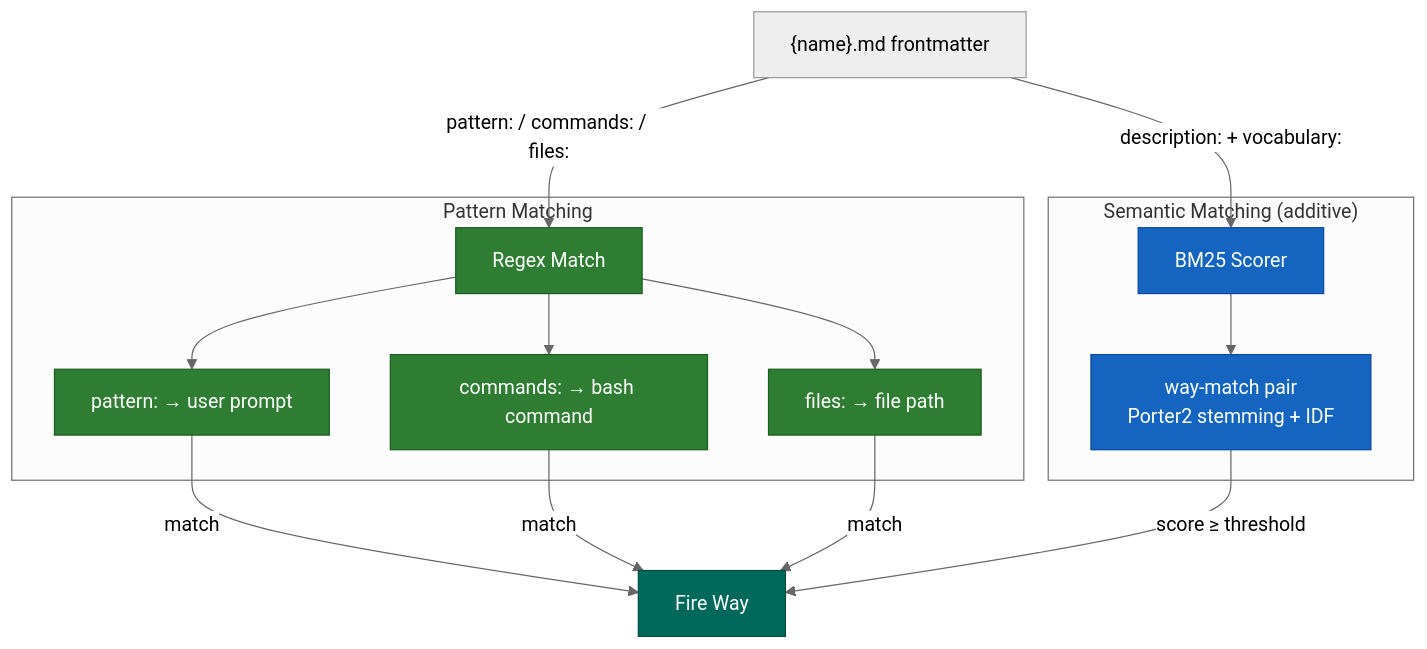
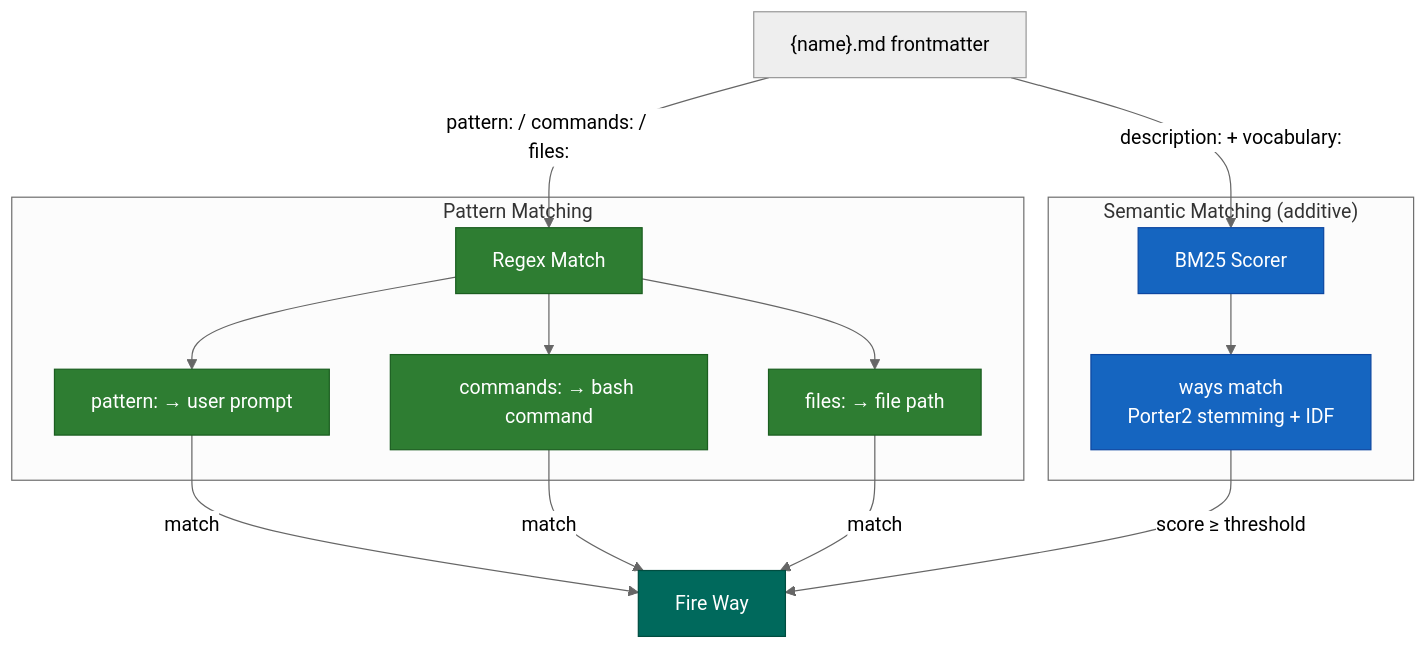
The second of 6 diagrams in docs/hooks-and-ways.md (ZZirbel/claude-code-config), drawn with Mermaid (neutral theme) before and after one commit. The commit also changed other lines of this file and 21 other files, not shown here.

````diff
--- a/docs/hooks-and-ways.md
+++ b/docs/hooks-and-ways.md
@@ -135,28 +131,28 @@
 ```mermaid
 flowchart TD
     classDef regex fill:#2E7D32,stroke:#1B5E20,color:#fff
     classDef semantic fill:#1565C0,stroke:#0D47A1,color:#fff
     classDef decision fill:#E65100,stroke:#BF360C,color:#fff
     classDef result fill:#00695C,stroke:#004D40,color:#fff
 
     W["{name}.md frontmatter"]
     W -->|"pattern: / commands: / files:"| R
     W -->|"description: + vocabulary:"| S
 
     subgraph RX ["Pattern Matching"]
         R[Regex Match]:::regex
         R --> RP["pattern: → user prompt"]:::regex
         R --> RC["commands: → bash command"]:::regex
         R --> RF["files: → file path"]:::regex
     end
 
     subgraph SM ["Semantic Matching (additive)"]
         S[BM25 Scorer]:::semantic
-        S --> BM["way-match pair<br/>Porter2 stemming + IDF"]:::semantic
+        S --> BM["ways match<br/>Porter2 stemming + IDF"]:::semantic
     end
 
     RP -->|match| FIRE[Fire Way]:::result
     RC -->|match| FIRE
     RF -->|match| FIRE
     BM -->|"score ≥ threshold"| FIRE
 ```
````
